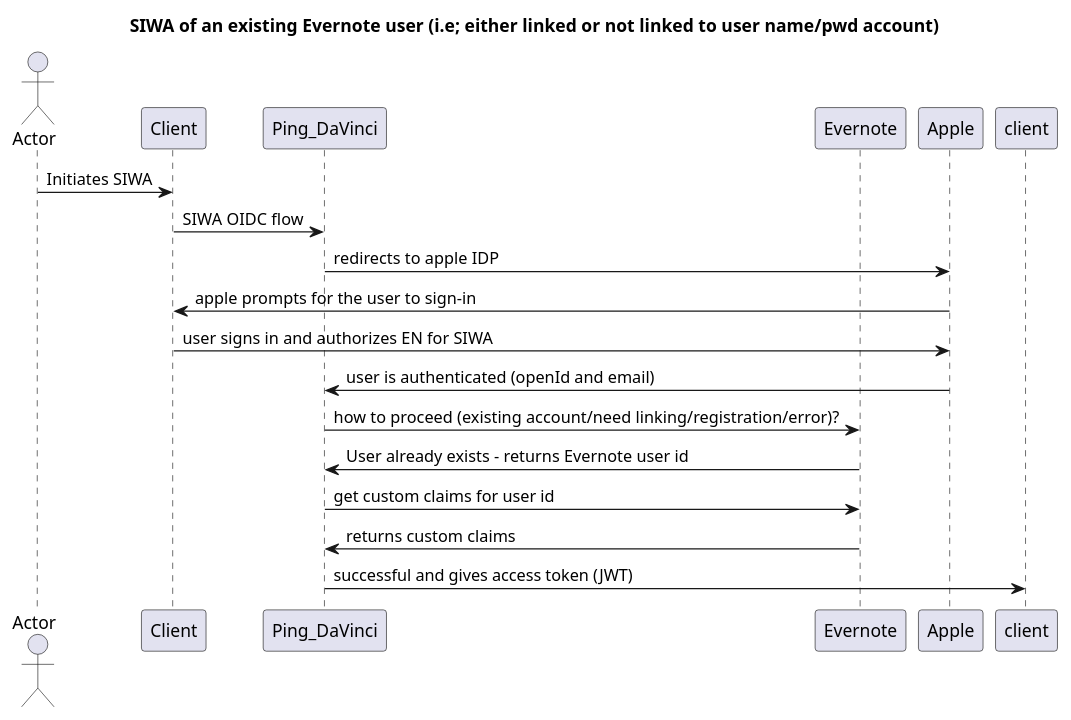
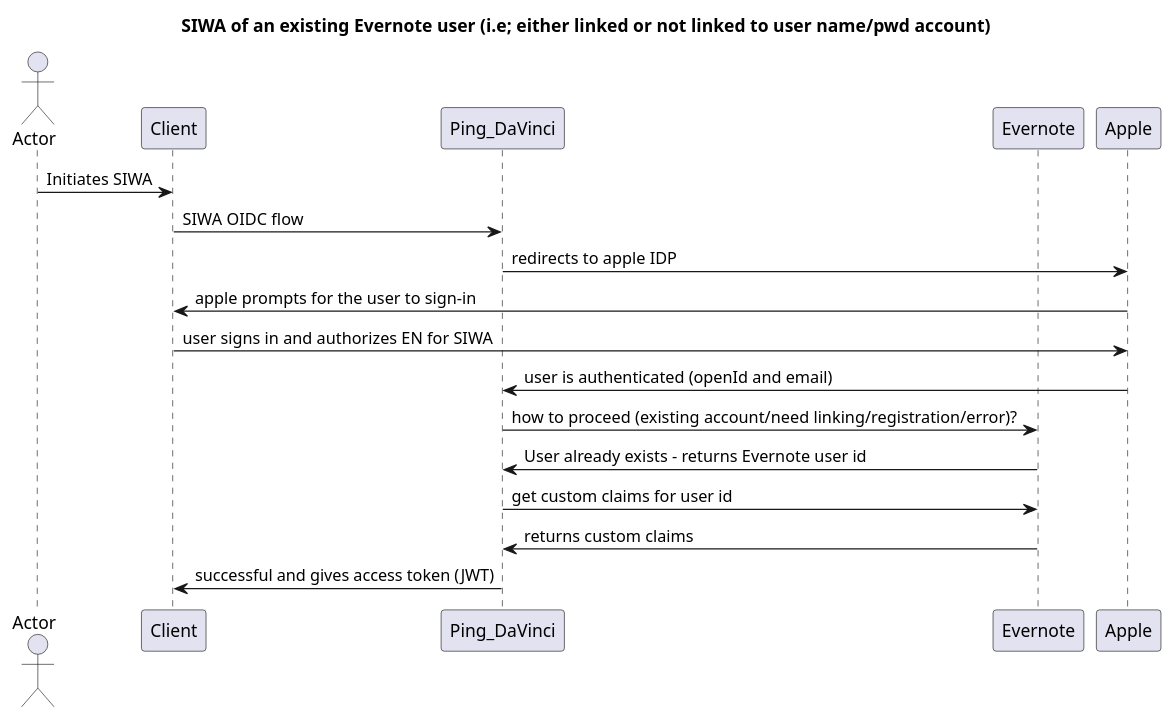
One commit to naganareshp/plant-uml-samples changed the diagram in SIWA_existing_user.puml. Above: the diagram before and after it, drawn with PlantUML. The commit also changed 2 other files, not shown here.

```diff
--- a/SIWA_existing_user.puml
+++ b/SIWA_existing_user.puml
@@ -1,18 +1,18 @@
 @startuml you-look-familiar
 title SIWA of an existing Evernote user (i.e; either linked or not linked to user name/pwd account)
 actor Actor as User
 participant Client
 participant Ping_DaVinci
 participant Evernote
 User->Client: Initiates SIWA
 Client->Ping_DaVinci: SIWA OIDC flow
 Ping_DaVinci->Apple: redirects to apple IDP
 Apple->Client: apple prompts for the user to sign-in
 Client->Apple: user signs in and authorizes EN for SIWA
 Apple->Ping_DaVinci: user is authenticated (openId and email)
 Ping_DaVinci->Evernote: how to proceed (existing account/need linking/registration/error)?
 Evernote->Ping_DaVinci: User already exists - returns Evernote user id
 Ping_DaVinci->Evernote: get custom claims for user id
 Evernote->Ping_DaVinci: returns custom claims
-Ping_DaVinci->client: successful and gives access token (JWT)
+Ping_DaVinci->Client: successful and gives access token (JWT)
 @enduml
```
